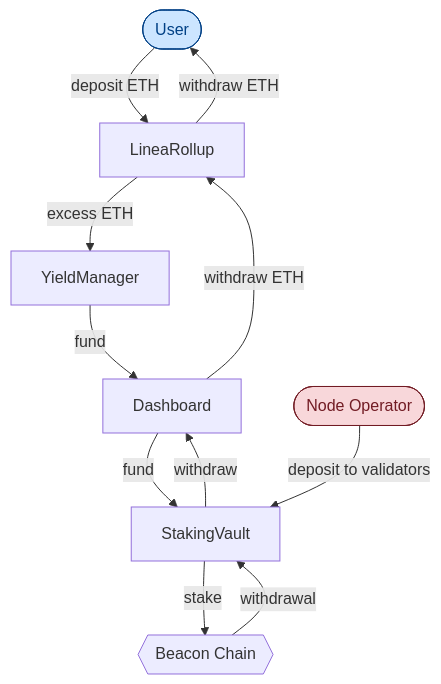
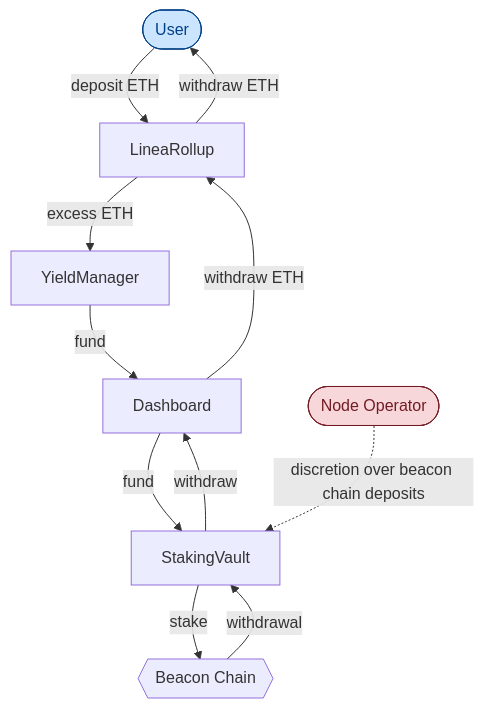
The first of 8 diagrams in docs/yield-boost-fund-flow.md (Consensys/linea-monorepo), drawn with Mermaid before and after one commit. The commit also changed other lines of this file and 1 other file, not shown here.

First line of the commit message:
docs: improve yield boost fund flow diagram structure and clarity

````diff
--- a/docs/yield-boost-fund-flow.md
+++ b/docs/yield-boost-fund-flow.md
@@ -9,28 +11,27 @@
 ```mermaid
 flowchart TD
     User([User])
     LR[LineaRollup]
     YM[YieldManager]
     DB[Dashboard]
     SV[StakingVault]
     NO([Node Operator])
     BC{{Beacon Chain}}
 
     User -->|deposit ETH| LR
     LR -->|excess ETH| YM
     YM -->|fund| DB
     DB -->|fund| SV
-    NO -->|deposit to validators| SV
+    NO -.->|discretion over beacon chain deposits| SV
     SV -->|stake| BC
     BC -->|withdrawal| SV
     SV -->|withdraw| DB
     DB -->|withdraw ETH| LR
     LR -->|withdraw ETH| User
 
     classDef admin fill:#f8d7da,stroke:#721c24,stroke-width:1px,color:#721c24
     classDef permissionless fill:#cce5ff,stroke:#004085,stroke-width:1px,color:#004085
-    classDef l2 fill:#d4edda,stroke:#155724,stroke-width:1px,color:#155724
 
     class NO admin
     class User permissionless
 ```
````
